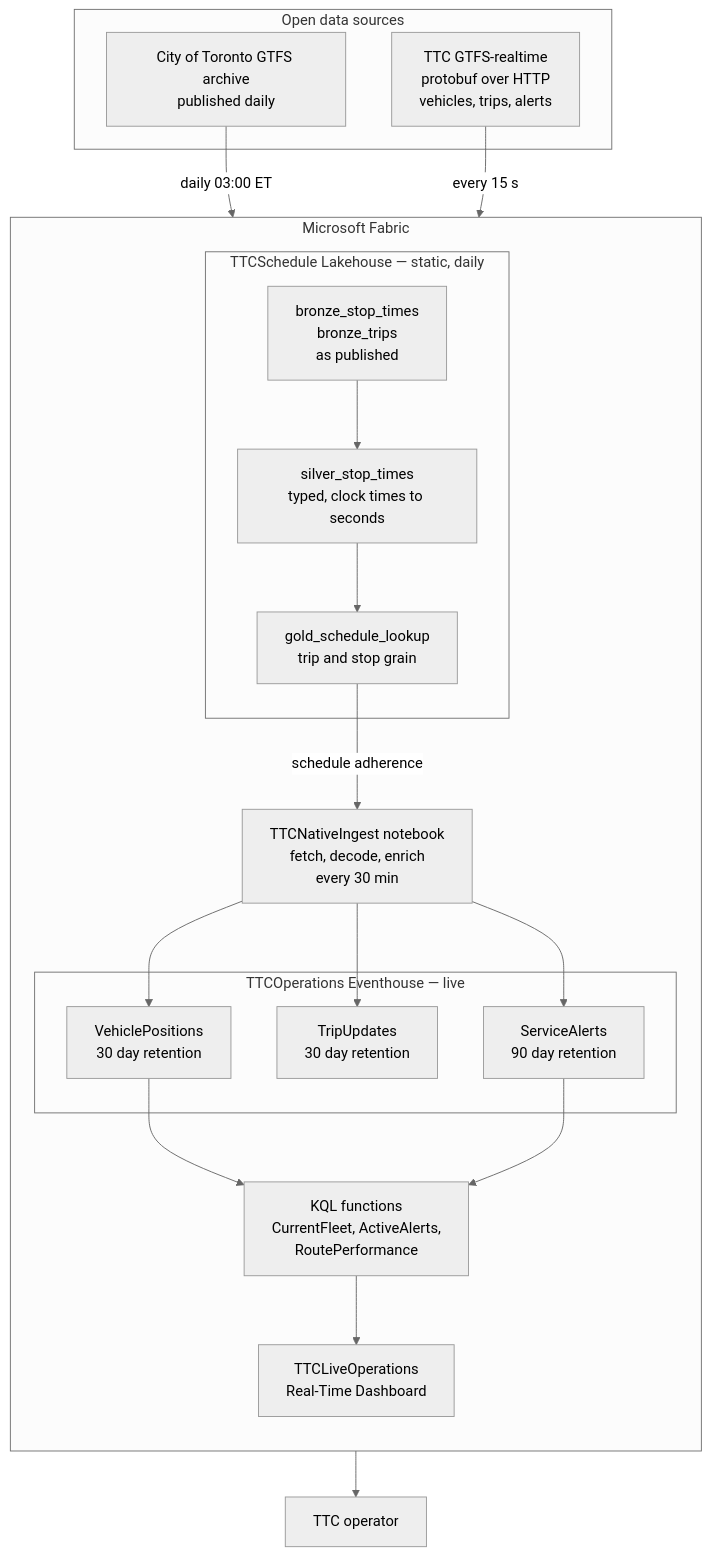
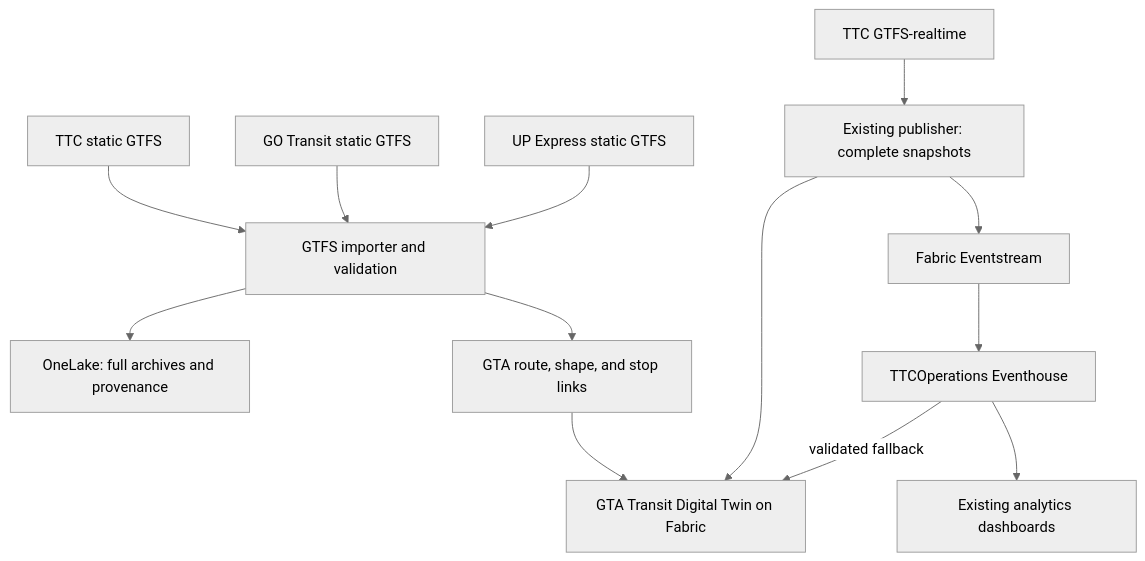
One commit to alexaca79/ttc-digitaltwin changed the diagram in README.md. Above: the diagram before and after it, drawn with Mermaid (neutral theme). The commit also changed other lines of this file and 1 other file, not shown here.

First line of the commit message:
docs: document the GTA network, interchange notebook, and recovery

````diff
--- a/README.md
+++ b/README.md
@@ -42,41 +47,15 @@
 ```mermaid
 flowchart TB
-  subgraph Sources["Open data sources"]
-    RT["TTC GTFS-realtime<br/>protobuf over HTTP<br/>vehicles, trips, alerts"]
-    Static["City of Toronto GTFS archive<br/>published daily"]
-  end
-
-  subgraph Fabric["Microsoft Fabric"]
-    direction TB
-
-    subgraph Batch["TTCSchedule Lakehouse — static, daily"]
-      Bronze["bronze_stop_times<br/>bronze_trips<br/>as published"]
-      Silver["silver_stop_times<br/>typed, clock times to seconds"]
-      Gold["gold_schedule_lookup<br/>trip and stop grain"]
-    end
-
-    subgraph Stream["TTCOperations Eventhouse — live"]
-      VP["VehiclePositions<br/>30 day retention"]
-      TU["TripUpdates<br/>30 day retention"]
-      SA["ServiceAlerts<br/>90 day retention"]
-    end
-
-    Ingest["TTCNativeIngest notebook<br/>fetch, decode, enrich<br/>every 30 min"]
-    Fn["KQL functions<br/>CurrentFleet, ActiveAlerts,<br/>RoutePerformance"]
-    Dash["TTCLiveOperations<br/>Real-Time Dashboard"]
-  end
-
-  Operator["TTC operator"]
-
-  Static -->|"daily 03:00 ET"| Bronze
-  Bronze --> Silver --> Gold
-  RT -->|"every 15 s"| Ingest
-  Gold -->|"schedule adherence"| Ingest
-  Ingest --> VP
-  Ingest --> TU
-  Ingest --> SA
-  VP --> Fn
-  SA --> Fn
-  Fn --> Dash
-  Dash --> Operator
+  TTC["TTC static GTFS"] --> Import["GTFS importer and validation"]
+  GO["GO Transit static GTFS"] --> Import
+  UP["UP Express static GTFS"] --> Import
+  Import --> Archives["OneLake: full archives and provenance"]
+  Import --> Network["GTA route, shape, and stop links"]
+  Network --> App["GTA Transit Digital Twin on Fabric"]
+  RT["TTC GTFS-realtime"] --> Publisher["Existing publisher: complete snapshots"]
+  Publisher --> App
+  Publisher --> Eventstream["Fabric Eventstream"]
+  Eventstream --> Eventhouse["TTCOperations Eventhouse"]
+  Eventhouse --> Dash["Existing analytics dashboards"]
+  Eventhouse -->|"validated fallback"| App
 ```
````
